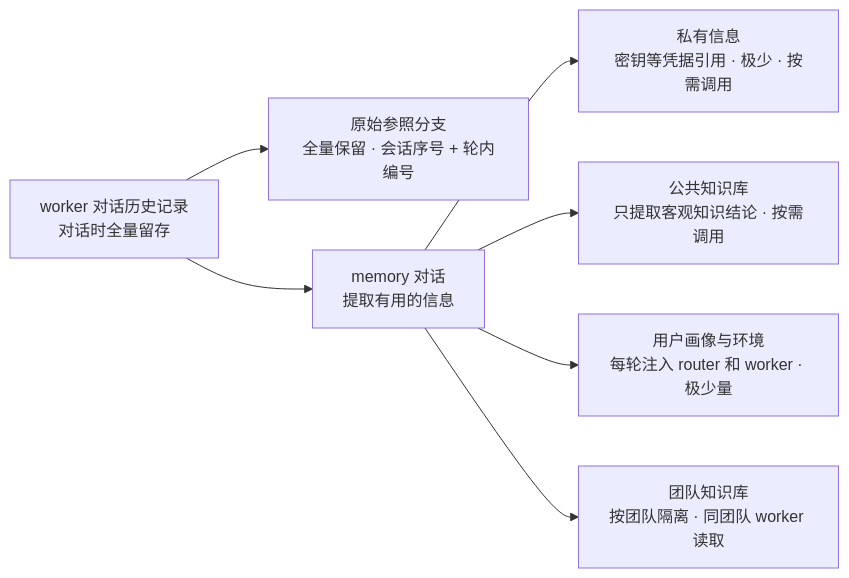
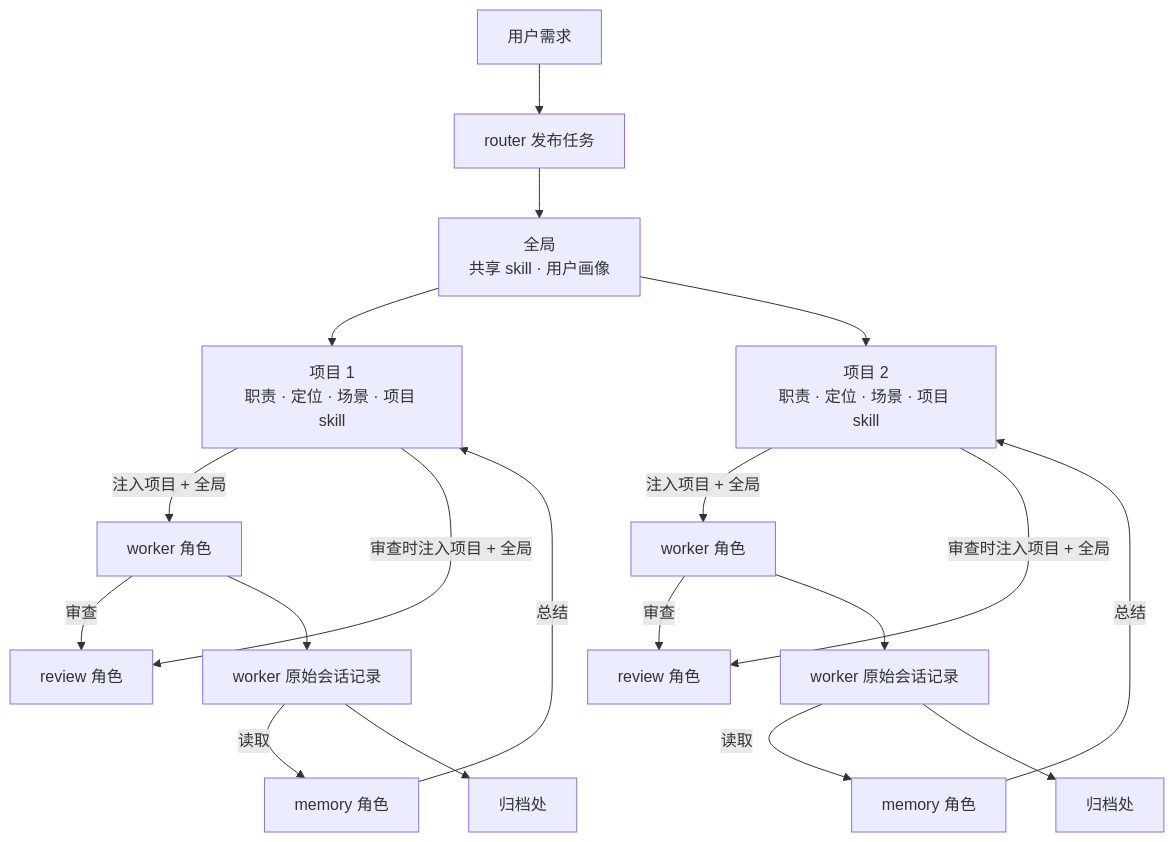
Before and after one commit to LMQ00/superagent-lite: the diagram in docs/diagrams/003-memory-system.md, drawn with Mermaid. The commit also changed other lines of this file and 29 other files, not shown here.

Commit message:
refactor: 按参考图重写记忆模块为全局与项目两层

````diff
--- a/docs/diagrams/003-memory-system.md
+++ b/docs/diagrams/003-memory-system.md
@@ -5,9 +5,21 @@
 ```mermaid
-flowchart LR
-  H["worker 对话历史记录<br/>对话时全量留存"] --> A["原始参照分支<br/>全量保留 · 会话序号 + 轮内编号"]
-  H --> M["memory 对话<br/>提取有用的信息"]
-  M --> P["私有信息<br/>密钥等凭据引用 · 极少 · 按需调用"]
-  M --> K["公共知识库<br/>只提取客观知识结论 · 按需调用"]
-  M --> U["用户画像与环境<br/>每轮注入 router 和 worker · 极少量"]
-  M --> T["团队知识库<br/>按团队隔离 · 同团队 worker 读取"]
+flowchart TB
+  U["用户需求"] --> R["router 发布任务"]
+  R --> G["全局<br/>共享 skill · 用户画像"]
+  G --> P1["项目 1<br/>职责 · 定位 · 场景 · 项目 skill"]
+  G --> P2["项目 2<br/>职责 · 定位 · 场景 · 项目 skill"]
+  P1 -->|注入项目 + 全局| W1["worker 角色"]
+  P1 -->|审查时注入项目 + 全局| V1["review 角色"]
+  P2 -->|注入项目 + 全局| W2["worker 角色"]
+  P2 -->|审查时注入项目 + 全局| V2["review 角色"]
+  W1 -->|审查| V1
+  W2 -->|审查| V2
+  W1 --> A1["worker 原始会话记录"]
+  W2 --> A2["worker 原始会话记录"]
+  A1 -->|读取| M1["memory 角色"]
+  A2 -->|读取| M2["memory 角色"]
+  M1 -->|总结| P1
+  M2 -->|总结| P2
+  A1 --> AR1["归档处"]
+  A2 --> AR2["归档处"]
 ```
````
